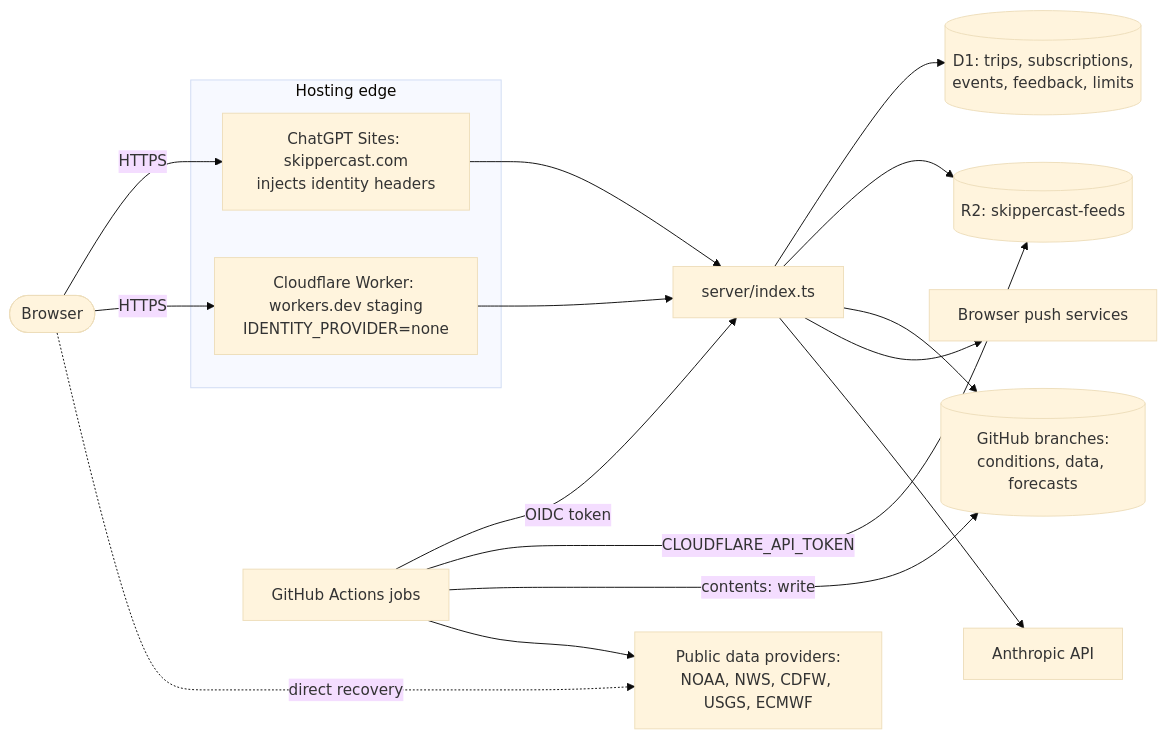
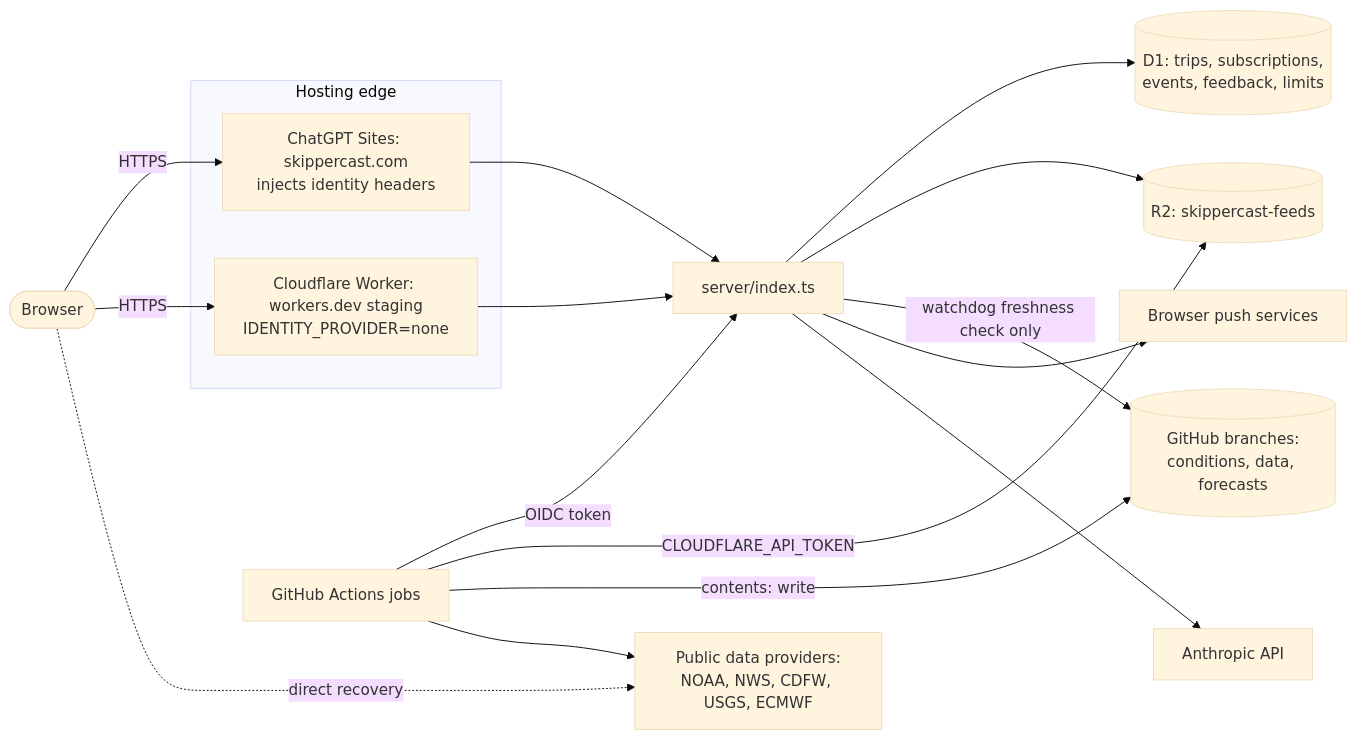
One commit to Grahammmm/skippercast changed the first of 3 diagrams in docs/legal/threat-model.md. Above: the diagram before and after it, drawn with Mermaid (base theme). The commit also changed other lines of this file and 12 other files, not shown here.

````diff
--- a/docs/legal/threat-model.md
+++ b/docs/legal/threat-model.md
@@ -11,21 +11,21 @@
 ```mermaid
 flowchart LR
     user(["Browser"]) -->|HTTPS| sites
     user -->|HTTPS| cf
     subgraph edge["Hosting edge"]
       sites["ChatGPT Sites: skippercast.com<br/>injects identity headers"]
       cf["Cloudflare Worker: workers.dev staging<br/>IDENTITY_PROVIDER=none"]
     end
     sites --> worker["server/index.ts"]
     cf --> worker
     worker --> d1[("D1: trips, subscriptions,<br/>events, feedback, limits")]
     worker --> r2[("R2: skippercast-feeds")]
-    worker --> gh[("GitHub branches:<br/>conditions, data, forecasts")]
+    worker -->|"watchdog freshness check only"| gh[("GitHub branches:<br/>conditions, data, forecasts")]
     worker --> push["Browser push services"]
     worker --> anthropic["Anthropic API"]
     actions["GitHub Actions jobs"] -->|"OIDC token"| worker
     actions -->|"CLOUDFLARE_API_TOKEN"| r2
     actions -->|"contents: write"| gh
     actions --> providers["Public data providers:<br/>NOAA, NWS, CDFW, USGS, ECMWF"]
     user -.->|"direct recovery"| providers
 ```
````
